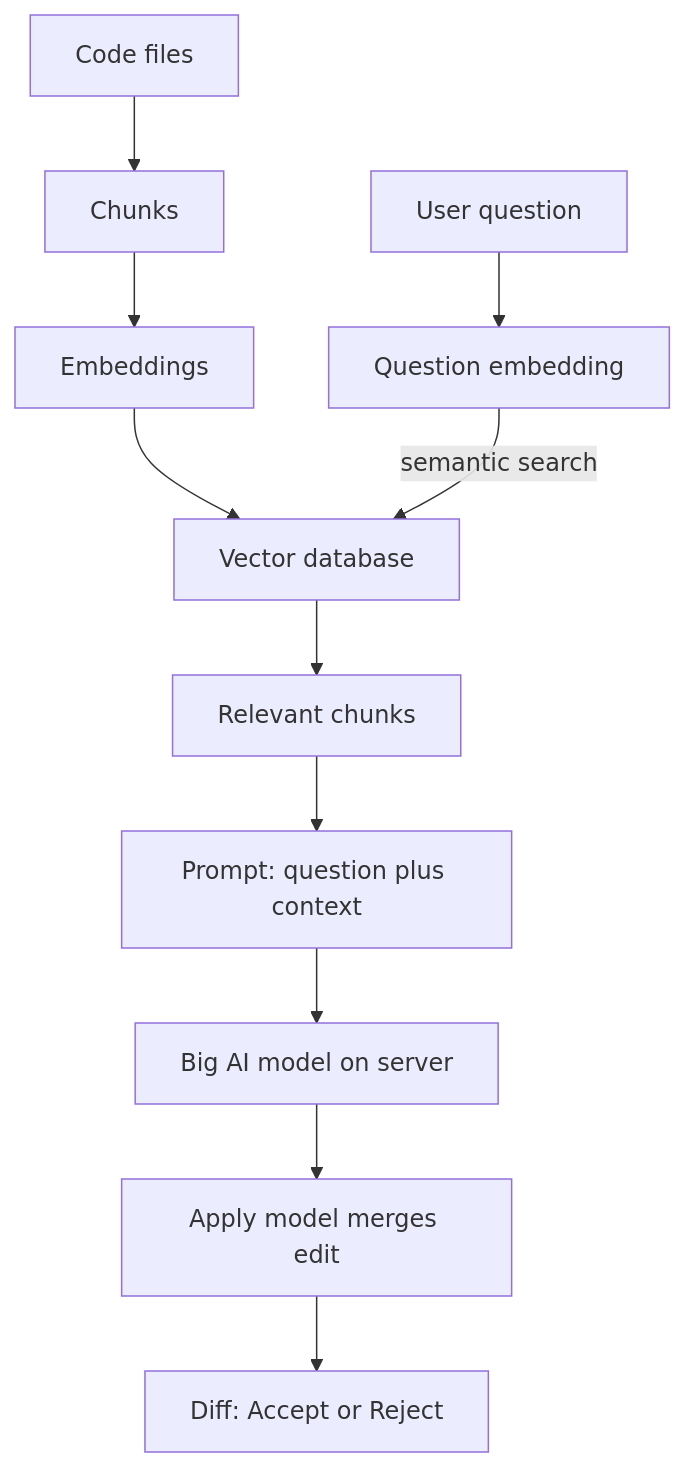
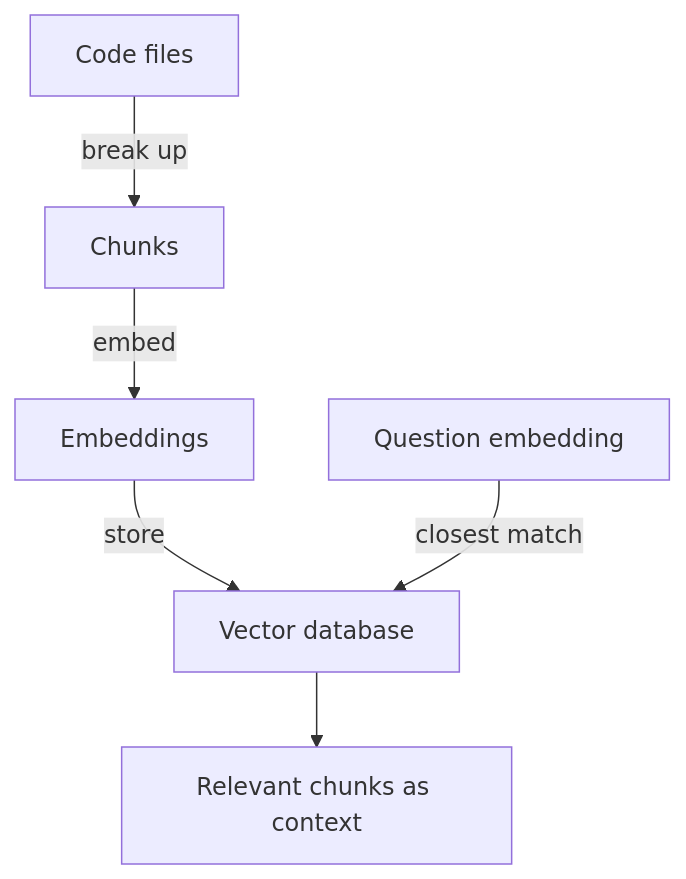
One commit to kaisarnajar/outcome-school-blogs changed the second of 3 diagrams in notes/step-11-agentic-engineering-and-agent-frameworks/145-how-does-cursor-work.md. Above: the diagram before and after it, drawn with Mermaid. The commit also changed other lines of this file and 233 other files, not shown here.

````diff
--- a/notes/step-11-agentic-engineering-and-agent-frameworks/145-how-does-cursor-work.md
+++ b/notes/step-11-agentic-engineering-and-agent-frameworks/145-how-does-cursor-work.md
@@ -37,13 +39,8 @@
 ```mermaid
 flowchart TD
-    C["Code files"] --> CH["Chunks"]
-    CH --> E["Embeddings"]
-    E --> V["Vector database"]
-    Q["User question"] --> QE["Question embedding"]
-    QE -->|"semantic search"| V
-    V --> CTX["Relevant chunks"]
-    CTX --> P["Prompt: question plus context"]
-    P --> M["Big AI model on server"]
-    M --> AP["Apply model merges edit"]
-    AP --> D["Diff: Accept or Reject"]
+    F["Code files"] -->|"break up"| CH["Chunks"]
+    CH -->|"embed"| EM["Embeddings"]
+    EM -->|"store"| VD["Vector database"]
+    Q["Question embedding"] -->|"closest match"| VD
+    VD --> R["Relevant chunks as context"]
 ```
````
